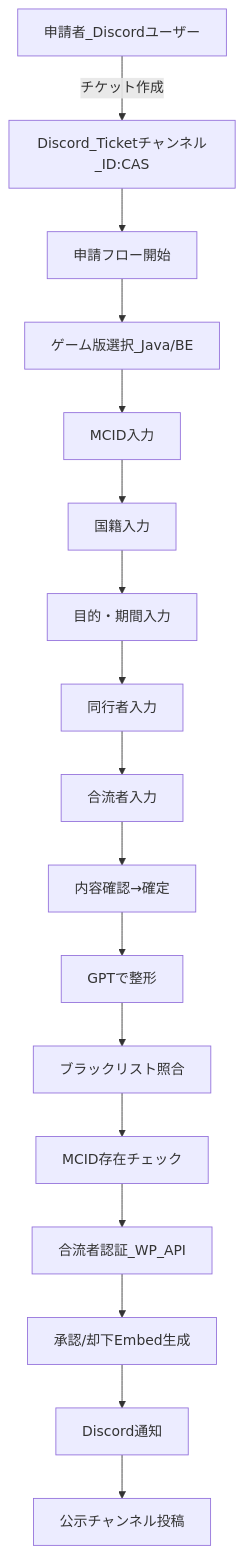
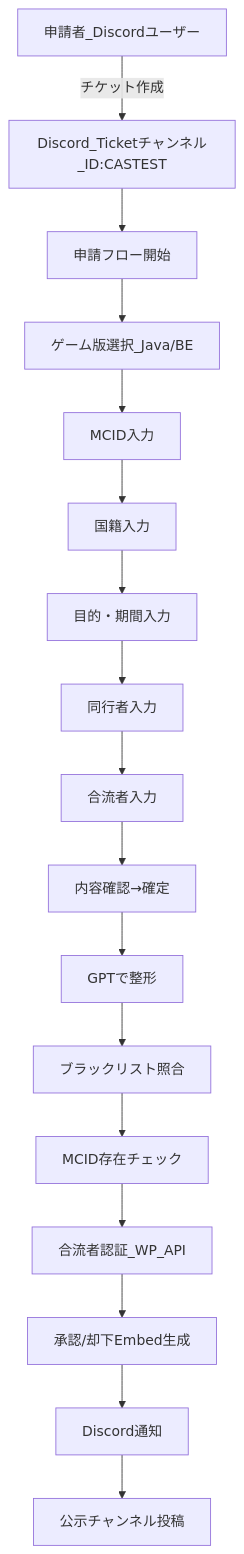
One commit to comzer2022/Comzer-Admininstation-System-test changed the first of 2 diagrams in README.md. Above: the diagram before and after it, drawn with Mermaid. The commit also changed other lines of this file, not shown here.

````diff
--- a/README.md
+++ b/README.md
@@ -48,27 +48,27 @@
 ```mermaid
 graph TD
   User[申請者_Discordユーザー]
-  Ticket[Discord_Ticketチャンネル_ID:CAS]
+  Ticket[Discord_Ticketチャンネル_ID:CASTEST]
   StartFlow[申請フロー開始]
   Version[ゲーム版選択_Java/BE]
   Input1[MCID入力]
   Input2[国籍入力]
   Input3[目的・期間入力]
   Input4[同行者入力]
   Input5[合流者入力]
   Confirm[内容確認→確定]
 
   GPT[GPTで整形]
   CheckBL[ブラックリスト照合]
   CheckJoiner[合流者認証_WP_API]
   MojangAPI[MCID存在チェック]
   Result[承認/却下Embed生成]
 
   Notify[Discord通知]
   Publish[公示チャンネル投稿]
 
   User -->|チケット作成| Ticket
   Ticket --> StartFlow --> Version --> Input1 --> Input2 --> Input3 --> Input4 --> Input5 --> Confirm
   Confirm --> GPT --> CheckBL --> MojangAPI --> CheckJoiner --> Result
   Result --> Notify --> Publish
 ```
````
